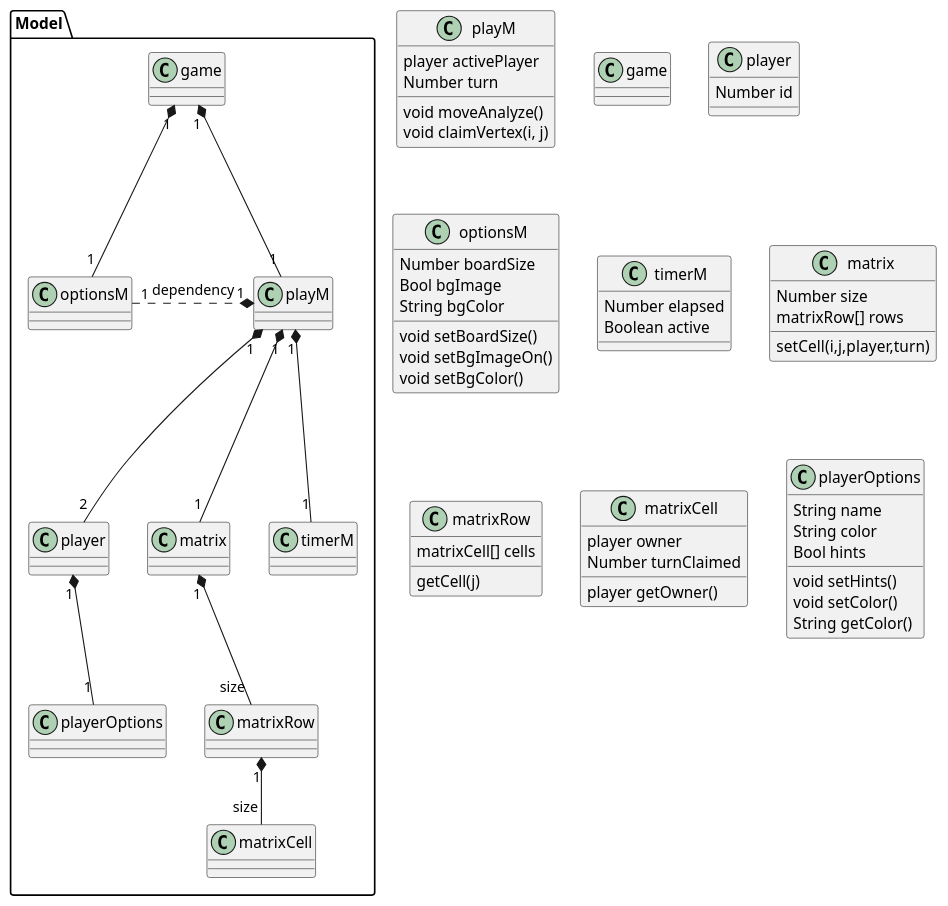
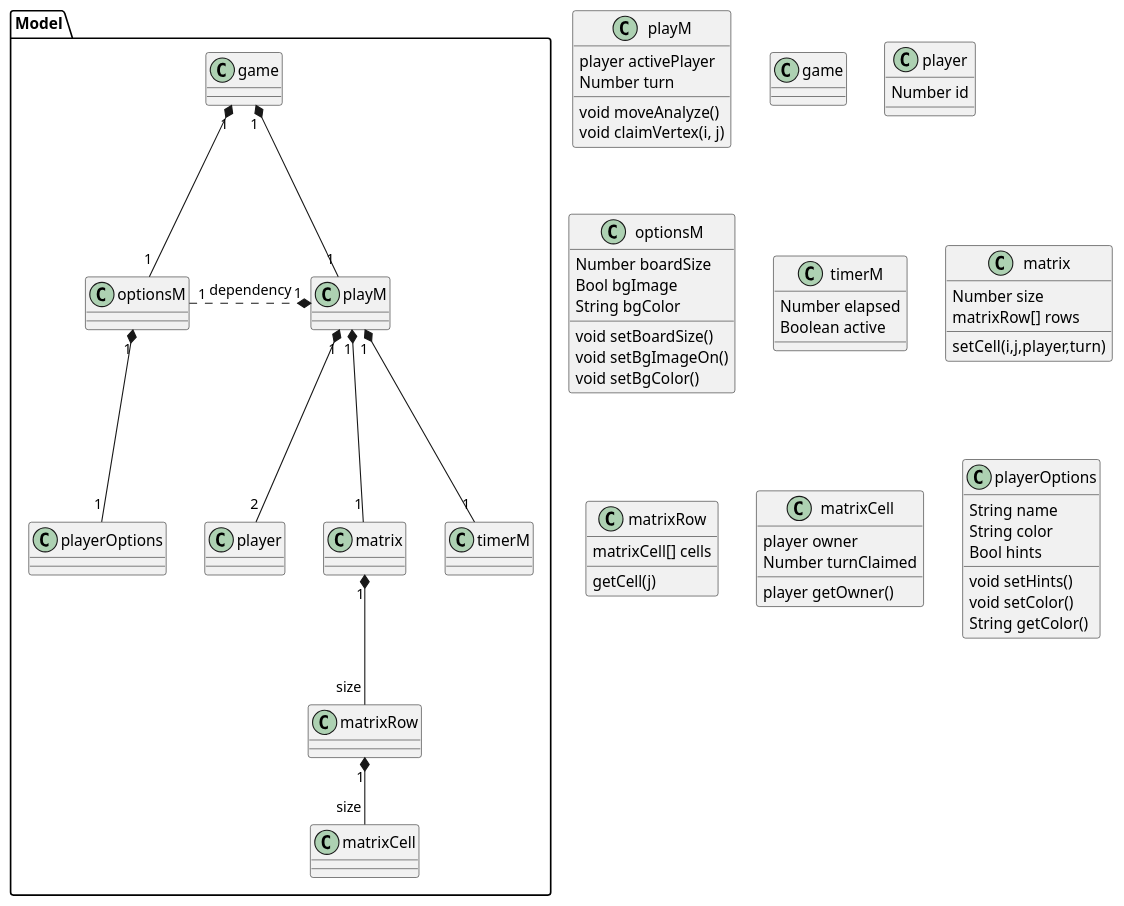
One commit to nugentmichael1/gomoku changed the diagram in UMLDiagrams/Class/GameModel.plantuml. Above: the diagram before and after it, drawn with PlantUML. The commit also changed 5 other files, not shown here.

```diff
--- a/UMLDiagrams/Class/GameModel.plantuml
+++ b/UMLDiagrams/Class/GameModel.plantuml
@@ -1,74 +1,74 @@
 @startuml Game Model
 
 
 package "Model"{
     playM "1" *-- "2" player
     playM "1" *-- "1" matrix
     game "1" *-- "1" optionsM
     matrix "1" *-- "size" matrixRow
     matrixRow "1" *-- "size" matrixCell
     ' matrix "1" - "1" board:contains
     ' board "1" *-- "size" boardRow: contains
     ' boardRow "1" *-- "size" boardCell: contains
     ' matrixCell <. boardCell: Dependency
     game "1" *-- "1" playM
     playM "1" *-- "1" timerM
-    player "1" *-- "1" playerOptions
+    optionsM "1" *-- "1" playerOptions
     optionsM "1" .* "1" playM: dependency
 }
 
 class playM{
     void moveAnalyze()
     player activePlayer
     void claimVertex(i, j)
     Number turn
 }
 
 class game {
 }
 
 class player{
     Number id
 }
 
 class optionsM{
     Number boardSize
     Bool bgImage
     String bgColor
     void setBoardSize()
     void setBgImageOn()
     void setBgColor()
 }
 
 class timerM{
     Number elapsed
     Boolean active
 }
 
 class matrix{
     Number size
     matrixRow[] rows
     setCell(i,j,player,turn)
 }
 
 class matrixRow{
     matrixCell[] cells
     getCell(j)
 }
 
 class matrixCell{
     player owner
     Number turnClaimed
     player getOwner()
 }
 
 class playerOptions{
     String name
     String color
     Bool hints
     void setHints()
     void setColor()
     String getColor()
 }
 
 @enduml
```
